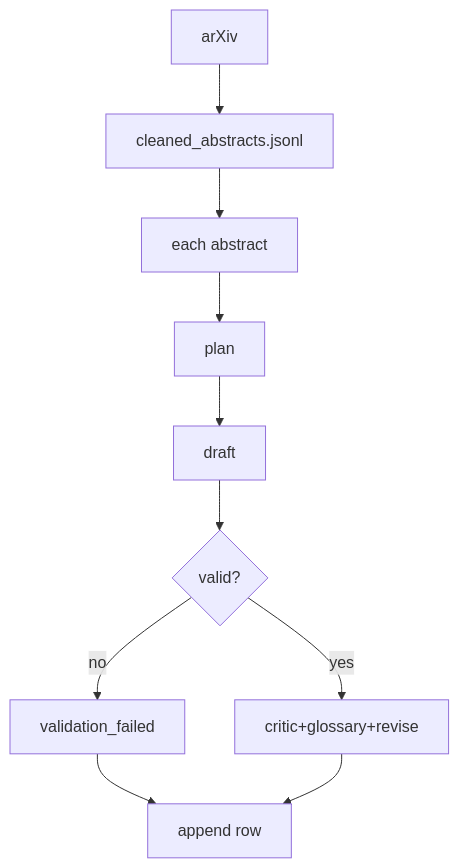
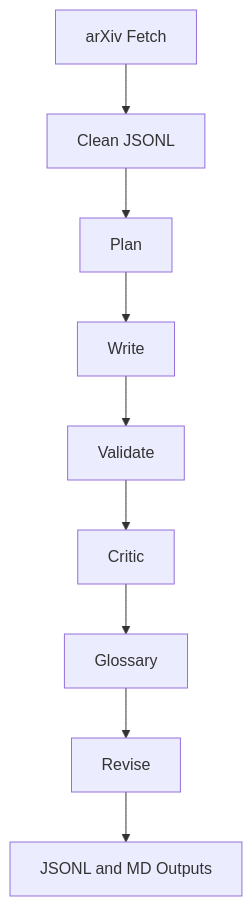
The second of 2 diagrams in README.md (daspushpita/MiniAstroGPT), drawn with Mermaid before and after one commit. The commit also changed other lines of this file, not shown here.

````diff
--- a/README.md
+++ b/README.md
@@ -50,12 +36,11 @@
 ```mermaid
 flowchart TD
-  I["arXiv"] --> C["cleaned_abstracts.jsonl"]
-  C --> R["each abstract"]
-  R --> P["plan"]
-  P --> W["draft"]
-  W --> V{"valid?"}
-  V -- "no" --> F["validation_failed"]
-  V -- "yes" --> K["critic+glossary+revise"]
-  F --> O["append row"]
-  K --> O["append row"]
+  A["arXiv Fetch"] --> B["Clean JSONL"]
+  B --> C["Plan"]
+  C --> D["Write"]
+  D --> E["Validate"]
+  E --> F["Critic"]
+  F --> G["Glossary"]
+  G --> H["Revise"]
+  H --> I["JSONL and MD Outputs"]
 ```
````
